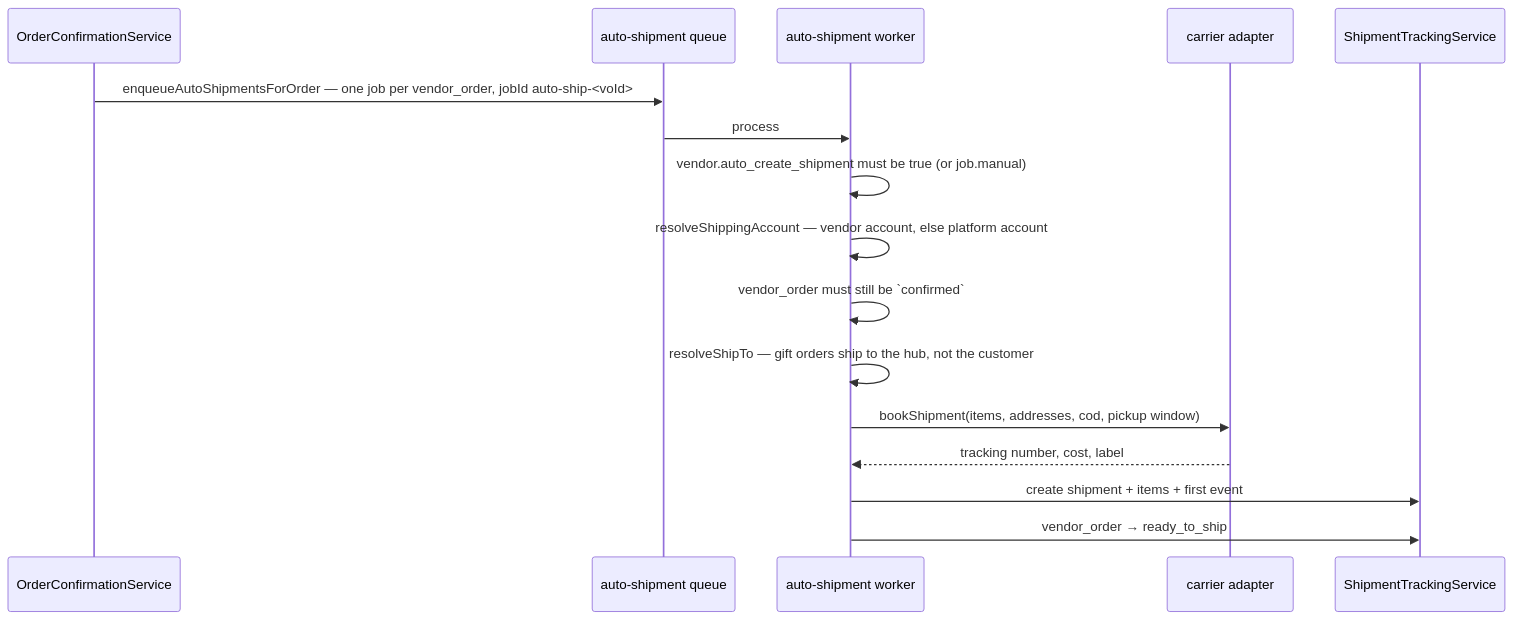
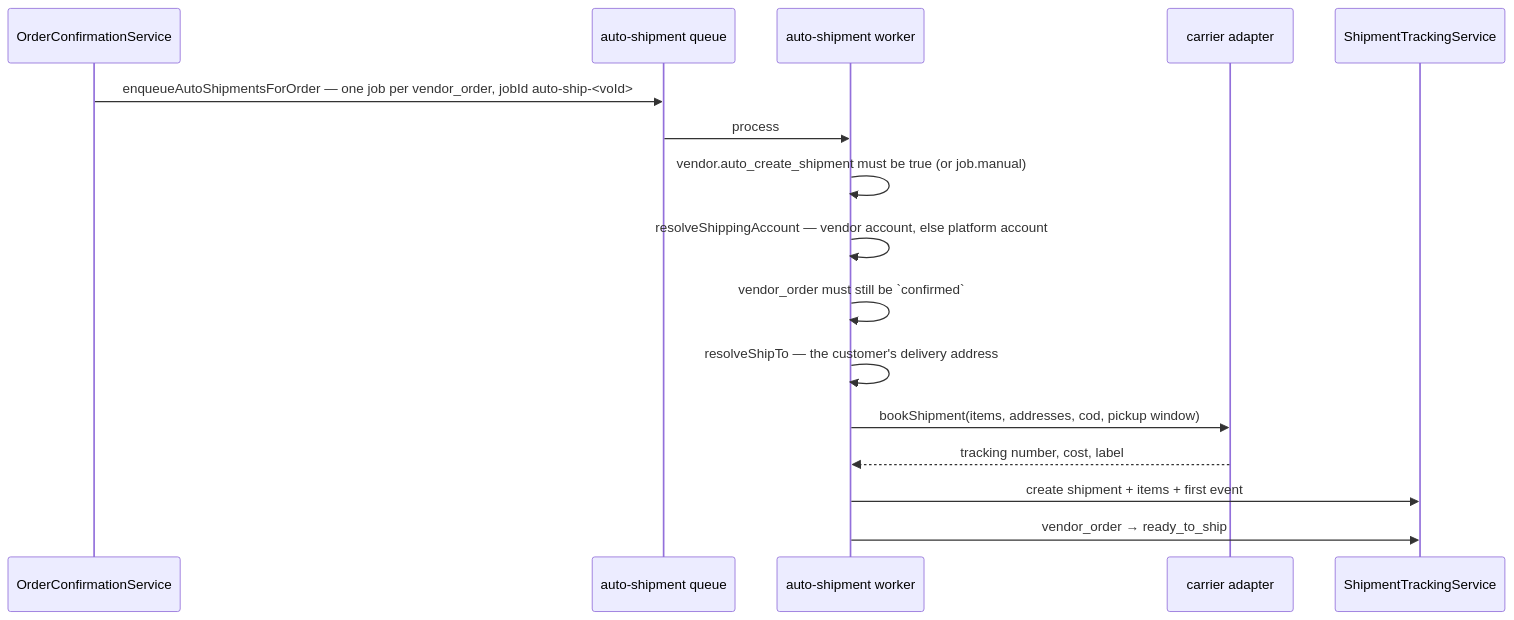
One commit to ismailfarisi/materialhub changed the fourth of 5 diagrams in docs/backend/08-orders-and-fulfilment.md. Above: the diagram before and after it, drawn with Mermaid. The commit also changed other lines of this file and 107 other files, not shown here.

First line of the commit message:
Prune order-service, finish the schema and update the backend docs

````diff
--- a/docs/backend/08-orders-and-fulfilment.md
+++ b/docs/backend/08-orders-and-fulfilment.md
@@ -128,19 +127,19 @@
 ```mermaid
 sequenceDiagram
     participant OC as OrderConfirmationService
     participant Q as auto-shipment queue
     participant W as auto-shipment worker
     participant AD as carrier adapter
     participant ST as ShipmentTrackingService
 
     OC->>Q: enqueueAutoShipmentsForOrder — one job per vendor_order, jobId auto-ship-<voId>
     Q->>W: process
     W->>W: vendor.auto_create_shipment must be true (or job.manual)
     W->>W: resolveShippingAccount — vendor account, else platform account
     W->>W: vendor_order must still be `confirmed`
-    W->>W: resolveShipTo — gift orders ship to the hub, not the customer
+    W->>W: resolveShipTo — the customer's delivery address
     W->>AD: bookShipment(items, addresses, cod, pickup window)
     AD-->>W: tracking number, cost, label
     W->>ST: create shipment + items + first event
     W->>ST: vendor_order → ready_to_ship
 ```
````
